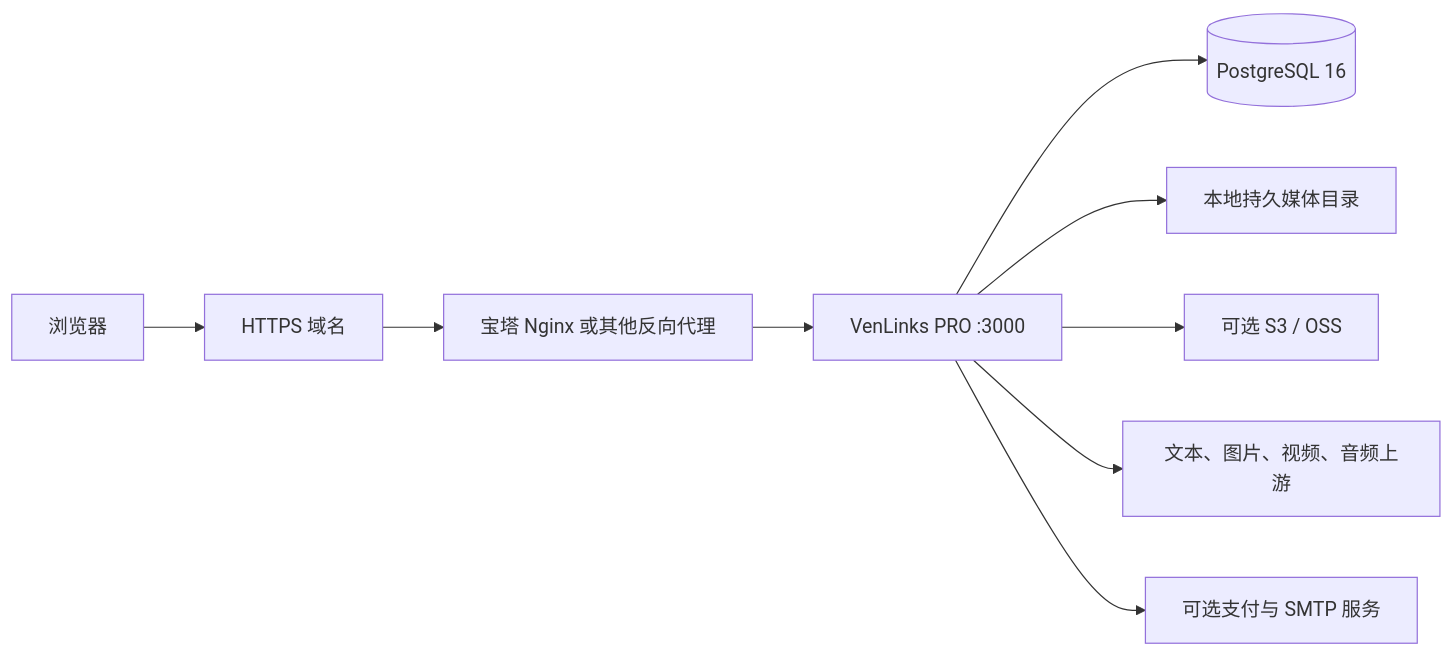
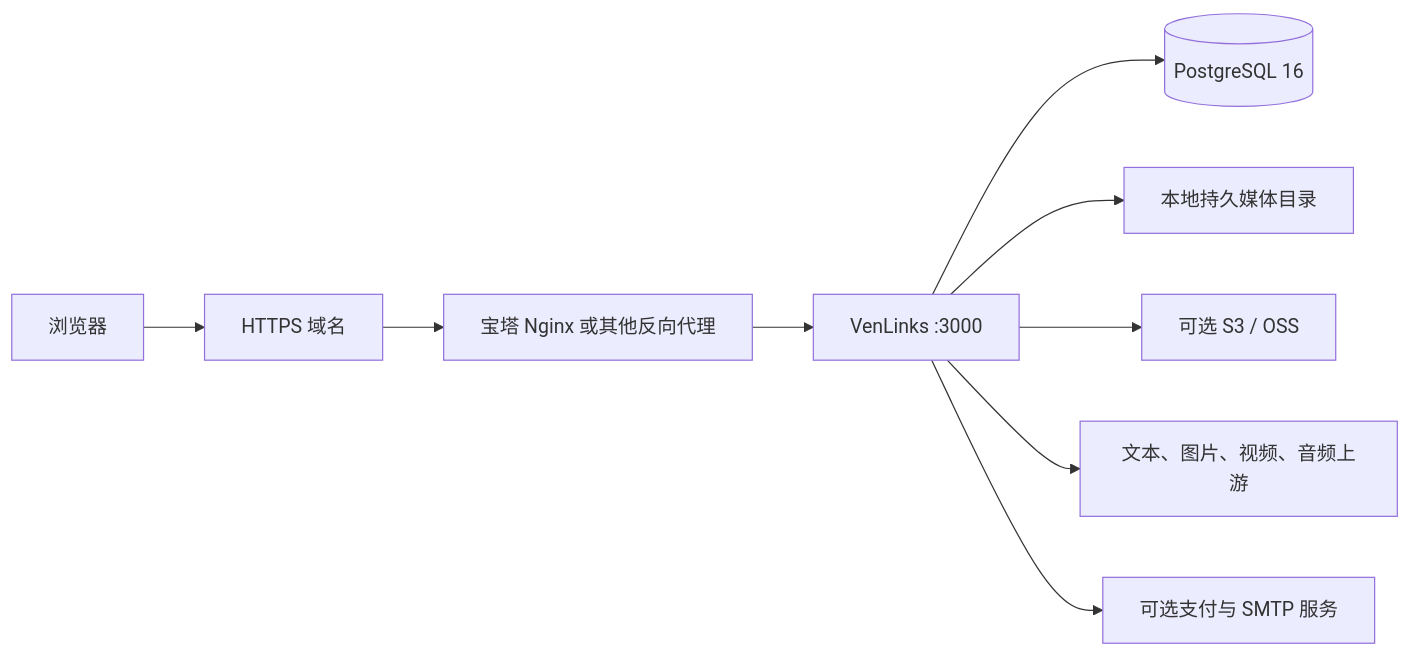
One commit to huangyixu/VOZEB-PRO changed the fifth of 6 diagrams in docs/content/docs/overview/project-structure.mdx. Above: the diagram before and after it, drawn with Mermaid. The commit also changed other lines of this file and 264 other files, not shown here.

````diff
--- a/docs/content/docs/overview/project-structure.mdx
+++ b/docs/content/docs/overview/project-structure.mdx
@@ -191,11 +191,11 @@
 ```mermaid
 flowchart LR
     USER["浏览器"] --> HTTPS["HTTPS 域名"]
     HTTPS --> NGINX["宝塔 Nginx 或其他反向代理"]
-    NGINX --> APP["VenLinks PRO :3000"]
+    NGINX --> APP["VenLinks :3000"]
     APP --> PG[("PostgreSQL 16")]
     APP --> LOCAL["本地持久媒体目录"]
     APP --> OSS["可选 S3 / OSS"]
     APP --> AI["文本、图片、视频、音频上游"]
     APP --> PAY["可选支付与 SMTP 服务"]
 ```
````
